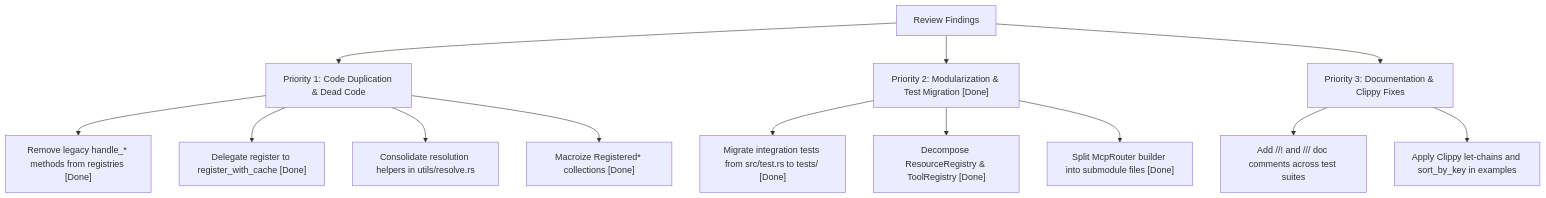
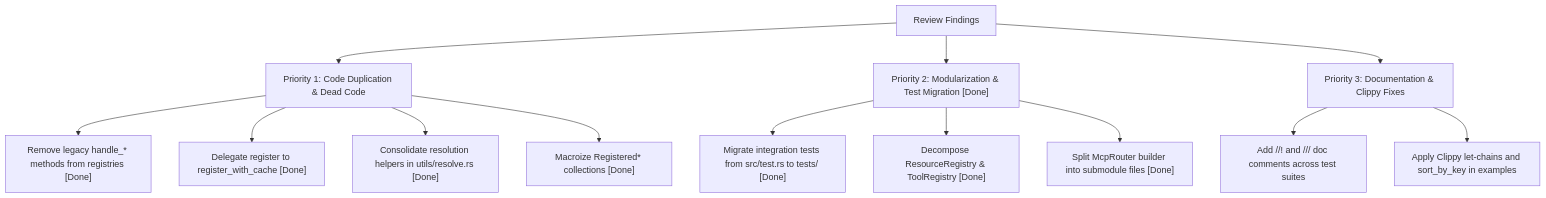
One commit to andreban/mcp-routing changed the diagram in docs/MODULARIZATION_AND_CODE_QUALITY_REVIEW.md. Above: the diagram before and after it, drawn with Mermaid. The commit also changed other lines of this file and 1 other file, not shown here.

Commit message:
refactor(utils): consolidate header and body resolution logic in resolve.rs

````diff
--- a/docs/MODULARIZATION_AND_CODE_QUALITY_REVIEW.md
+++ b/docs/MODULARIZATION_AND_CODE_QUALITY_REVIEW.md
@@ -117,18 +117,18 @@
 ```mermaid
 graph TD
     A["Review Findings"] --> B["Priority 1: Code Duplication & Dead Code"]
     A --> C["Priority 2: Modularization & Test Migration [Done]"]
     A --> D["Priority 3: Documentation & Clippy Fixes"]
     
     B --> B1["Remove legacy handle_* methods from registries [Done]"]
     B --> B2["Delegate register to register_with_cache [Done]"]
-    B --> B3["Consolidate resolution helpers in utils/resolve.rs"]
+    B --> B3["Consolidate resolution helpers in utils/resolve.rs [Done]"]
     B --> B4["Macroize Registered* collections [Done]"]
     
     C --> C1["Migrate integration tests from src/test.rs to tests/ [Done]"]
     C --> C2["Decompose ResourceRegistry & ToolRegistry [Done]"]
     C --> C3["Split McpRouter builder into submodule files [Done]"]
     
     D --> D1["Add //! and /// doc comments across test suites"]
     D --> D2["Apply Clippy let-chains and sort_by_key in examples"]
 ```
````
